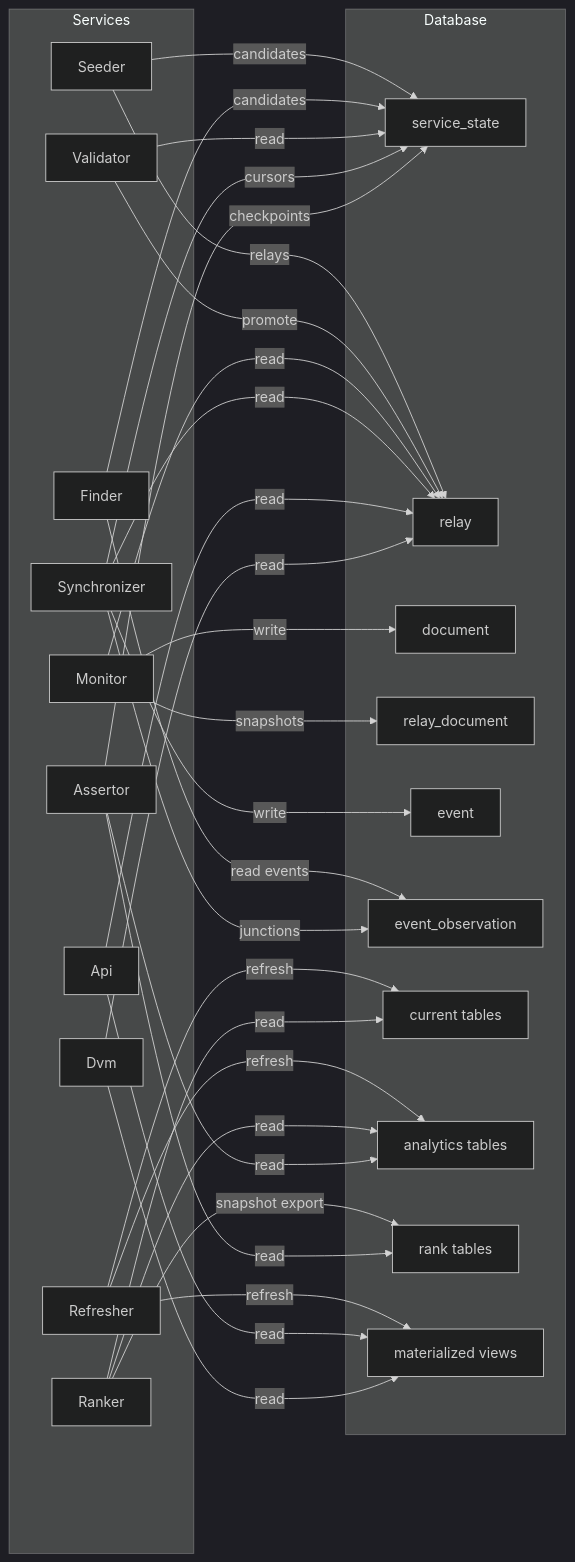
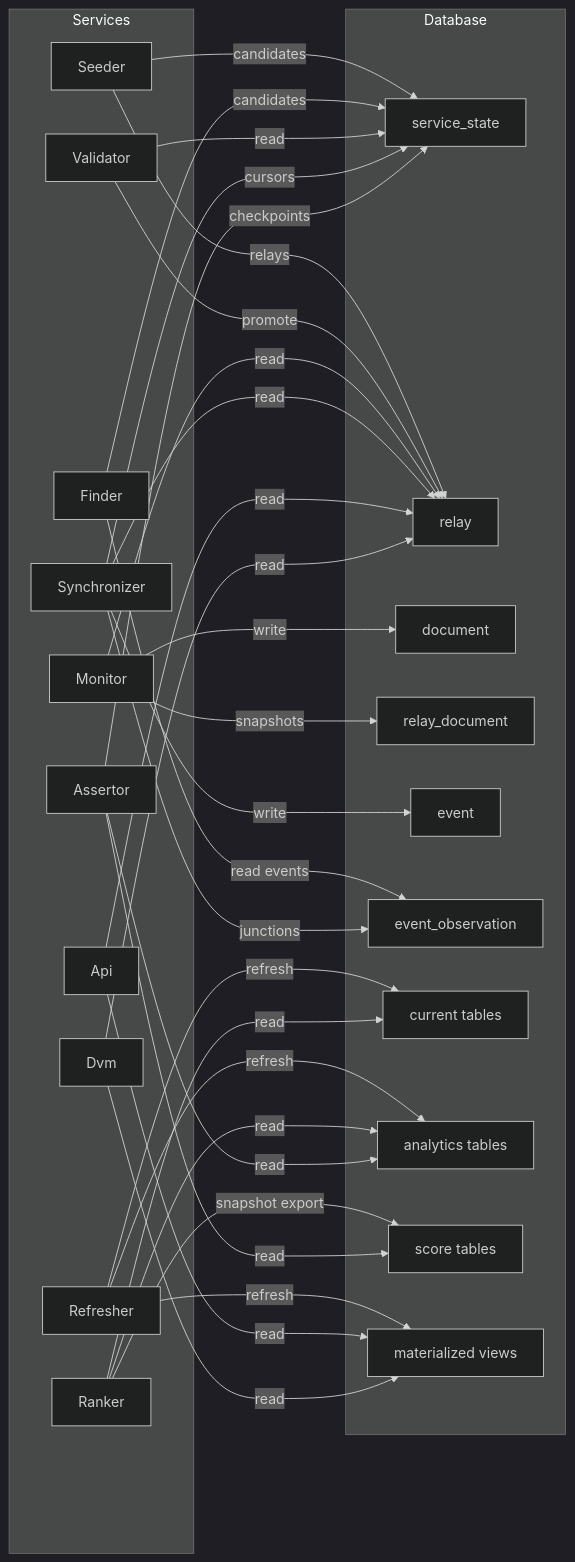
One commit to BigBrotr/bigbrotr changed the first of 5 diagrams in docs/user-guide/services.md. Above: the diagram before and after it, drawn with Mermaid (dark theme). The commit also changed 31 other files, not shown here.

````diff
--- a/docs/user-guide/services.md
+++ b/docs/user-guide/services.md
@@ -23,55 +23,55 @@
 ```mermaid
 flowchart LR
     subgraph Services
         SE["Seeder"]
         FI["Finder"]
         VA["Validator"]
         MO["Monitor"]
         SY["Synchronizer"]
         RE2["Refresher"]
         RA["Ranker"]
         AS["Assertor"]
         AP["Api"]
         DV["Dvm"]
     end
 
     subgraph Database
         SS["service_state"]
         RE["relay"]
         MD["document"]
         RM["relay_document"]
         EV["event"]
         ER["event_observation"]
         CT["current tables"]
         ST["analytics tables"]
-        RK["rank tables"]
+        RK["score tables"]
         MV["materialized views"]
     end
 
     SE -->|"candidates"| SS
     SE -->|"relays"| RE
     FI -->|"read events"| ER
     FI -->|"candidates"| SS
     VA -->|"read"| SS
     VA -->|"promote"| RE
     MO -->|"read"| RE
     MO -->|"write"| MD
     MO -->|"snapshots"| RM
     SY -->|"read"| RE
     SY -->|"cursors"| SS
     SY -->|"write"| EV
     SY -->|"junctions"| ER
     RE2 -->|"refresh"| CT
     RE2 -->|"refresh"| ST
     RE2 -->|"refresh"| MV
     RA -->|"read"| CT
     RA -->|"read"| ST
     RA -->|"snapshot export"| RK
     AS -->|"read"| ST
     AS -->|"read"| RK
     AS -->|"checkpoints"| SS
     AP -->|"read"| RE
     AP -->|"read"| MV
     DV -->|"read"| RE
     DV -->|"read"| MV
 ```
````
